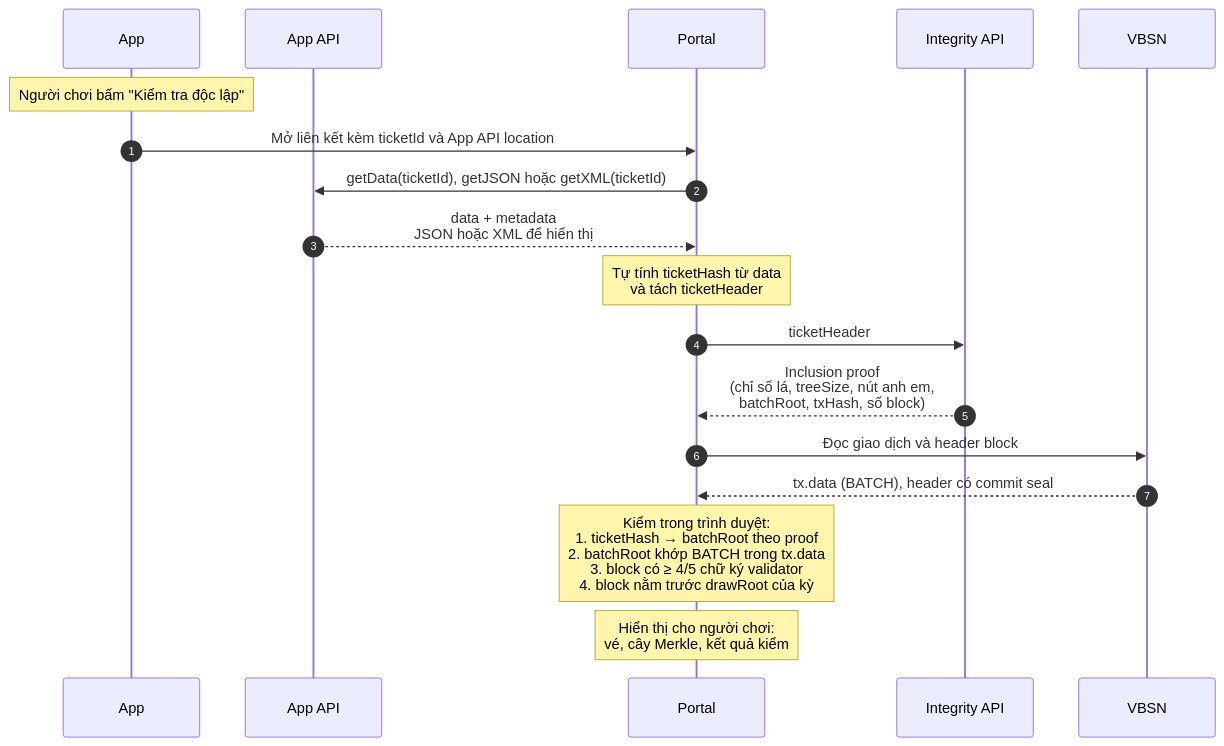
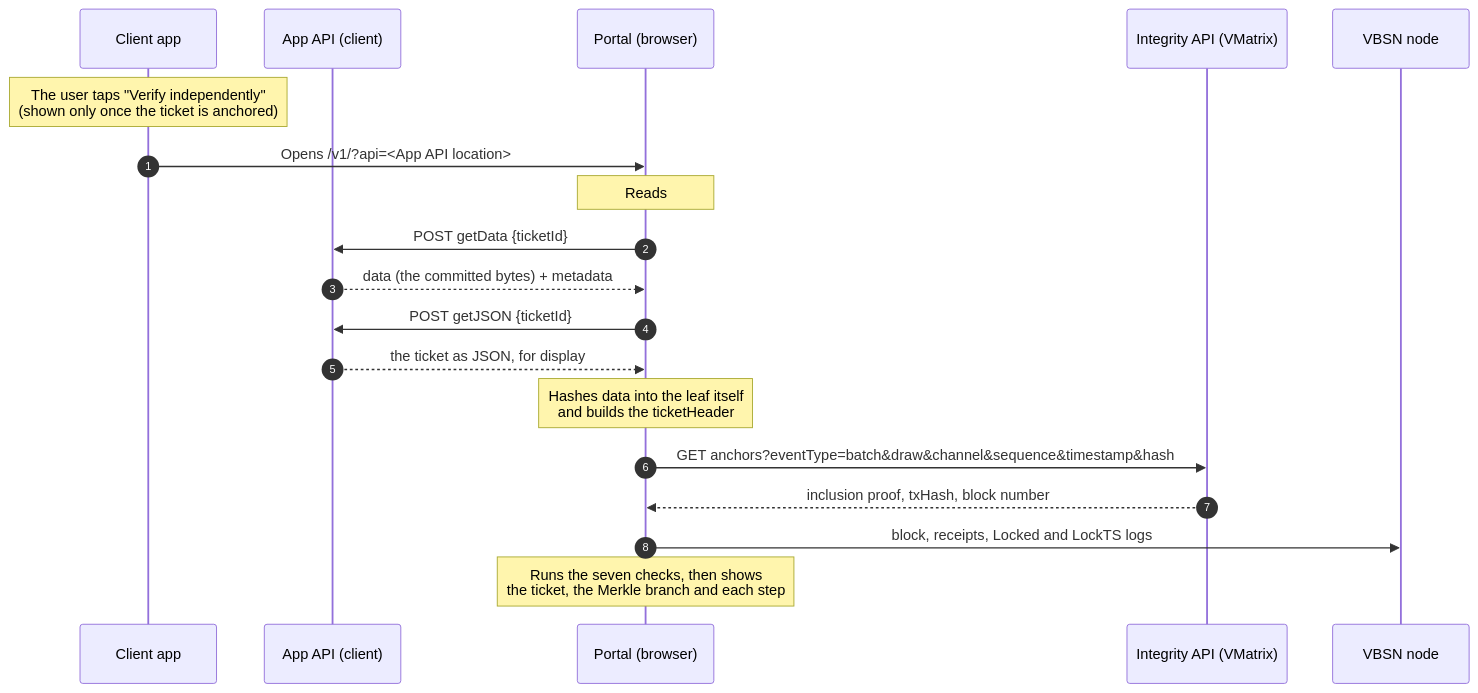
The diagram in integration/portal.md (OneMatrixL1/tracing-public-docs), drawn with Mermaid before and after one commit. The commit also changed other lines of this file and 1 other file, not shown here.

First line of the commit message:
docs: the English portal guide replaces the Vietnamese proposal page

````diff
--- a/integration/portal.md
+++ b/integration/portal.md
@@ -50,21 +41,22 @@
 ```mermaid
 sequenceDiagram
     autonumber
-    participant App as App
-    participant API as App API
-    participant Portal as Portal
-    participant IA as Integrity API
-    participant VBSN as VBSN
+    participant App as Client app
+    participant API as App API (client)
+    participant Portal as Portal (browser)
+    participant IA as Integrity API (VMatrix)
+    participant VBSN as VBSN node
 
-    Note over App: Người chơi bấm "Kiểm tra độc lập"
-    App->>Portal: Mở liên kết kèm ticketId và App API location
-    Portal->>API: getData(ticketId), getJSON hoặc getXML(ticketId)
-    API-->>Portal: data + metadata<br/>JSON hoặc XML để hiển thị
-    Note over Portal: Tự tính ticketHash từ data<br/>và tách ticketHeader
-    Portal->>IA: ticketHeader
-    IA-->>Portal: Inclusion proof<br/>(chỉ số lá, treeSize, nút anh em,<br/>batchRoot, txHash, số block)
-    Portal->>VBSN: Đọc giao dịch và header block
-    VBSN-->>Portal: tx.data (BATCH), header có commit seal
-    Note over Portal: Kiểm trong trình duyệt:<br/>1. ticketHash → batchRoot theo proof<br/>2. batchRoot khớp BATCH trong tx.data<br/>3. block có ≥ 4/5 chữ ký validator<br/>4. block nằm trước drawRoot của kỳ
-    Note over Portal: Hiển thị cho người chơi:<br/>vé, cây Merkle, kết quả kiểm
+    Note over App: The user taps "Verify independently"<br/>(shown only once the ticket is anchored)
+    App->>Portal: Opens /v1/?api=<App API location>#id=<ticketId>
+    Note over Portal: Reads #id, then removes it from the address bar
+    Portal->>API: POST getData {ticketId}
+    API-->>Portal: data (the committed bytes) + metadata
+    Portal->>API: POST getJSON {ticketId}
+    API-->>Portal: the ticket as JSON, for display
+    Note over Portal: Hashes data into the leaf itself<br/>and builds the ticketHeader
+    Portal->>IA: GET anchors?eventType=batch&draw&channel&sequence&timestamp&hash
+    IA-->>Portal: inclusion proof, txHash, block number
+    Portal->>VBSN: block, receipts, Locked and LockTS logs
+    Note over Portal: Runs the seven checks, then shows<br/>the ticket, the Merkle branch and each step
 ```
````
